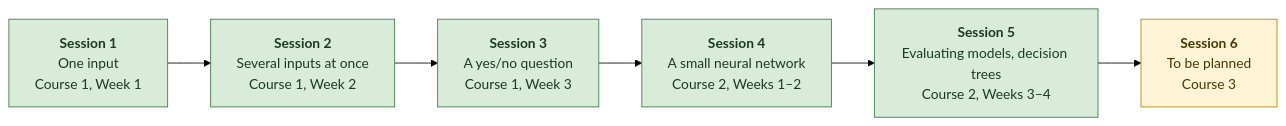
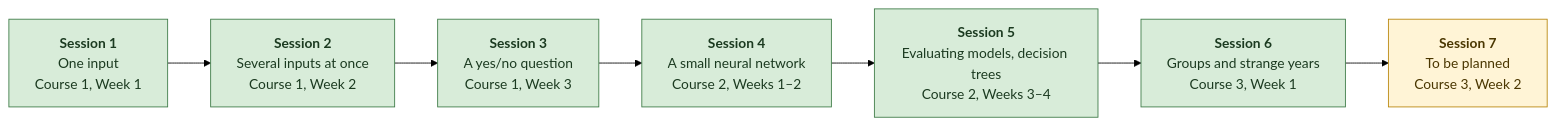
Before and after one commit to penelopemichou/austerity-ml: the first of 2 diagrams in PROGRESS.md, drawn with Mermaid (forest theme). The commit also changed other lines of this file and 6 other files, not shown here.

````diff
--- a/PROGRESS.md
+++ b/PROGRESS.md
@@ -13,7 +13,7 @@
 ```mermaid
 flowchart LR
-    S1["<b>Session 1</b><br/>One input<br/>Course 1, Week 1"]:::done --> S2["<b>Session 2</b><br/>Several inputs at once<br/>Course 1, Week 2"]:::done --> S3["<b>Session 3</b><br/>A yes/no question<br/>Course 1, Week 3"]:::done --> S4["<b>Session 4</b><br/>A small neural network<br/>Course 2, Weeks 1–2"]:::done --> S5["<b>Session 5</b><br/>Evaluating models, decision trees<br/>Course 2, Weeks 3–4"]:::done --> S6["<b>Session 6</b><br/>To be planned<br/>Course 3"]:::next
+    S1["<b>Session 1</b><br/>One input<br/>Course 1, Week 1"]:::done --> S2["<b>Session 2</b><br/>Several inputs at once<br/>Course 1, Week 2"]:::done --> S3["<b>Session 3</b><br/>A yes/no question<br/>Course 1, Week 3"]:::done --> S4["<b>Session 4</b><br/>A small neural network<br/>Course 2, Weeks 1–2"]:::done --> S5["<b>Session 5</b><br/>Evaluating models, decision trees<br/>Course 2, Weeks 3–4"]:::done --> S6["<b>Session 6</b><br/>Groups and strange years<br/>Course 3, Week 1"]:::done --> S7["<b>Session 7</b><br/>To be planned<br/>Course 3, Week 2"]:::next
     classDef done fill:#d8ecd9,stroke:#3c7a45,color:#1b3a20
     classDef next fill:#fff4d6,stroke:#b8860b,color:#4a3600
     classDef later fill:#eeeeee,stroke:#999999,color:#555555
 ```
````
